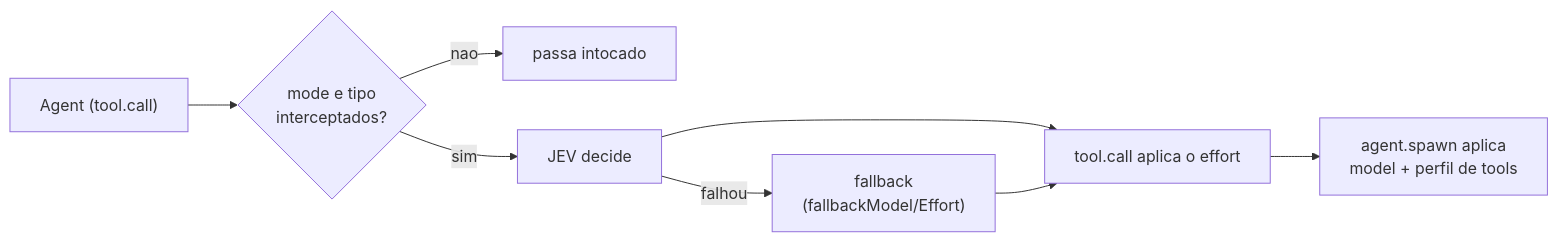
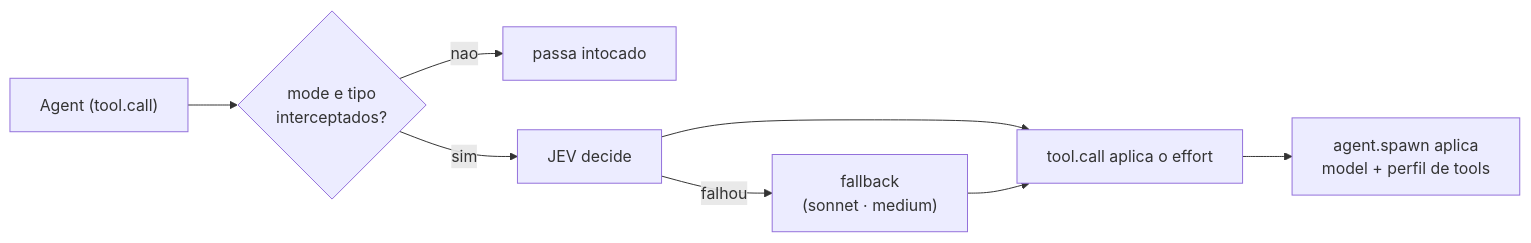
The diagram in README.pt-BR.md (hiyoku/jev-orc), drawn with Mermaid before and after one commit. The commit also changed other lines of this file and 5 other files, not shown here.

Commit message:
docs: document maxModel/maxEffort, mainEffort and OpenRouter

````diff
--- a/README.pt-BR.md
+++ b/README.pt-BR.md
@@ -10,10 +10,10 @@
 ```mermaid
 flowchart LR
   A["Agent (tool.call)"] --> B{"mode e tipo<br/>interceptados?"}
   B -- nao --> Z["passa intocado"]
   B -- sim --> C["JEV decide"]
-  C -- falhou --> F["fallback<br/>(fallbackModel/Effort)"]
+  C -- falhou --> F["fallback<br/>(sonnet · medium)"]
   C --> D["tool.call aplica o effort"]
   F --> D
   D --> E["agent.spawn aplica<br/>model + perfil de tools"]
 ```
````
